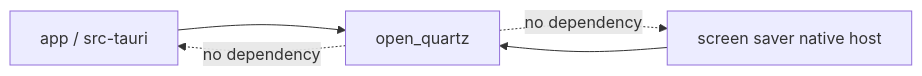
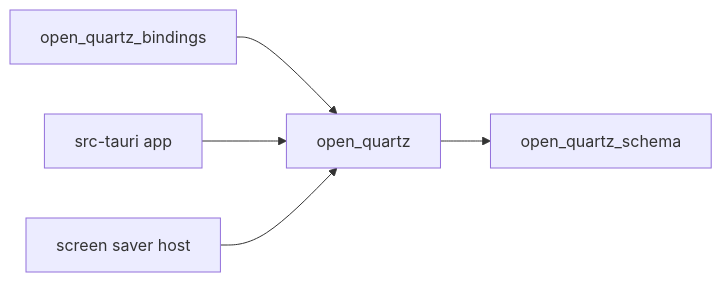
Before and after one commit to sanitor/open_quartz: diagram 12 of 12 in docs/DESIGN.md, drawn with Mermaid. The commit also changed other lines of this file, not shown here.

Commit message:
docs: update architecture baseline and thin TypeScript roadmap

````diff
--- a/docs/DESIGN.md
+++ b/docs/DESIGN.md
@@ -788,7 +1008,13 @@
 ```mermaid
 flowchart LR
-    App[app / src-tauri] --> SDK[open_quartz]
-    Stub[screen saver native host] --> SDK
-    SDK -. no dependency .-> App
-    SDK -. no dependency .-> Stub
+    Schema[open_quartz_schema]
+    Core[open_quartz]
+    Bindings[open_quartz_bindings]
+    App[src-tauri app]
+    Stub[screen saver host]
+
+    Core --> Schema
+    Bindings --> Core
+    App --> Core
+    Stub --> Core
 ```
````
